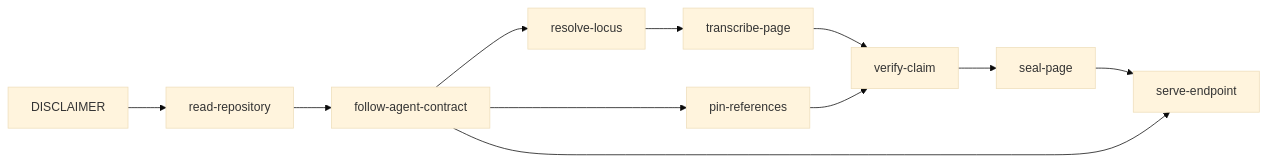
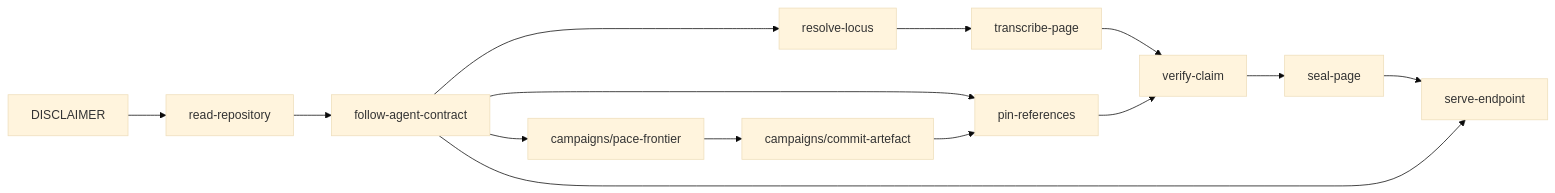
The diagram in docs/read-repository.md (wetware-hq/helix), drawn with Mermaid (base theme) before and after one commit. The commit also changed other lines of this file and 9 other files, not shown here.

Commit message:
campaigns: a fleet sub-specification for pacing a biotech frontier (WET-138)

````diff
--- a/docs/read-repository.md
+++ b/docs/read-repository.md
@@ -45,13 +47,16 @@
 ```mermaid { type: notebook.cell }
 flowchart LR
     D[DISCLAIMER] --> R[read-repository]
     R --> C[follow-agent-contract]
     C --> P[pin-references]
     C --> L[resolve-locus]
     L --> T[transcribe-page]
     T --> V[verify-claim]
     P --> V
     V --> S[seal-page]
     S --> E[serve-endpoint]
     C --> E
+    C --> M[campaigns/pace-frontier]
+    M --> A[campaigns/commit-artefact]
+    A --> P
 ```
````
